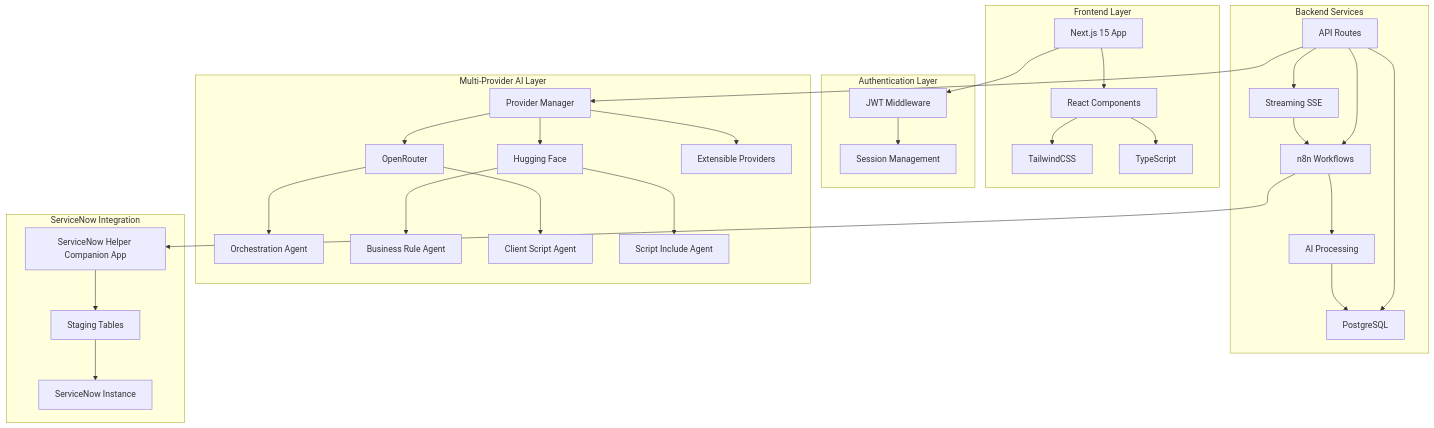
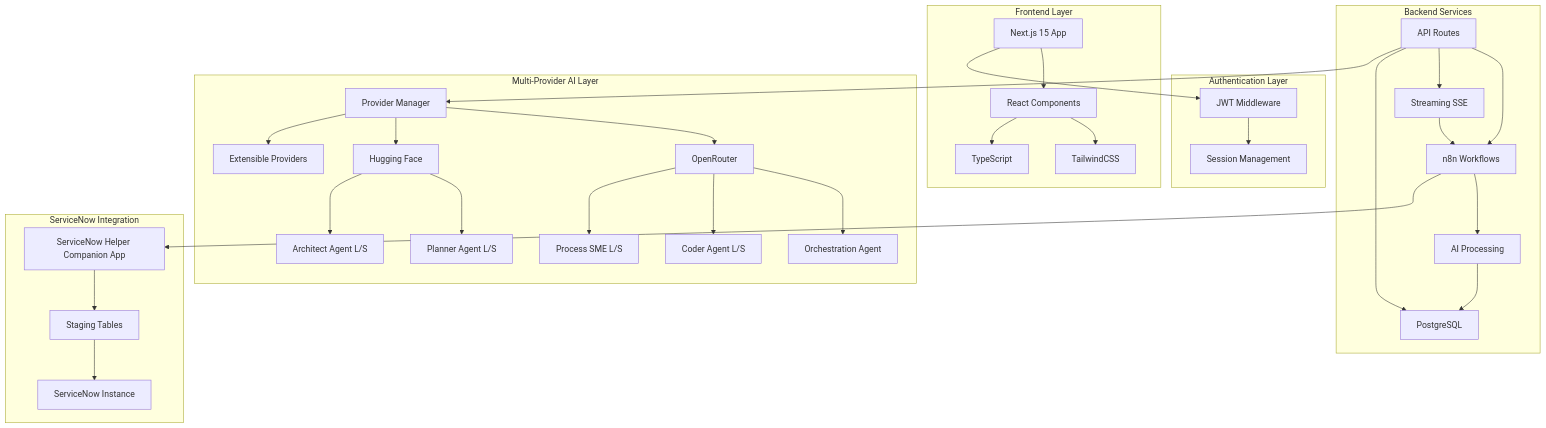
The diagram in README.md (DanielMadsenDK/servicenow-helper), drawn with Mermaid before and after one commit. The commit also changed other lines of this file and 4 other files, not shown here.

````diff
--- a/README.md
+++ b/README.md
@@ -81,40 +81,41 @@
 ```mermaid
 graph TB
     subgraph "Frontend Layer"
         A[Next.js 15 App] --> B[React Components]
         B --> C[TailwindCSS]
         B --> D[TypeScript]
     end
 
     subgraph "Authentication Layer"
         E[JWT Middleware] --> F[Session Management]
     end
 
     subgraph "Backend Services"
         H[API Routes] --> I[n8n Workflows]
         H --> G[Streaming SSE]
         I --> J[AI Processing]
         G --> I
         H --> K[PostgreSQL]
     end
 
     subgraph "Multi-Provider AI Layer"
         L[Provider Manager] --> OR[OpenRouter]
         L --> HF[Hugging Face]
         L --> EX[Extensible Providers]
         OR --> M[Orchestration Agent]
-        HF --> N[Business Rule Agent]
-        OR --> O[Client Script Agent]
-        HF --> SI[Script Include Agent]
+        HF --> N[Planner Agent L/S]
+        OR --> O[Coder Agent L/S]
+        HF --> AR[Architect Agent L/S]
+        OR --> SI[Process SME L/S]
     end
 
     subgraph "ServiceNow Integration"
         SN[ServiceNow Helper Companion App] --> T[Staging Tables]
         T --> U[ServiceNow Instance]
         I --> SN
     end
 
     A --> E
     H --> L
     J --> K
 ```
````
